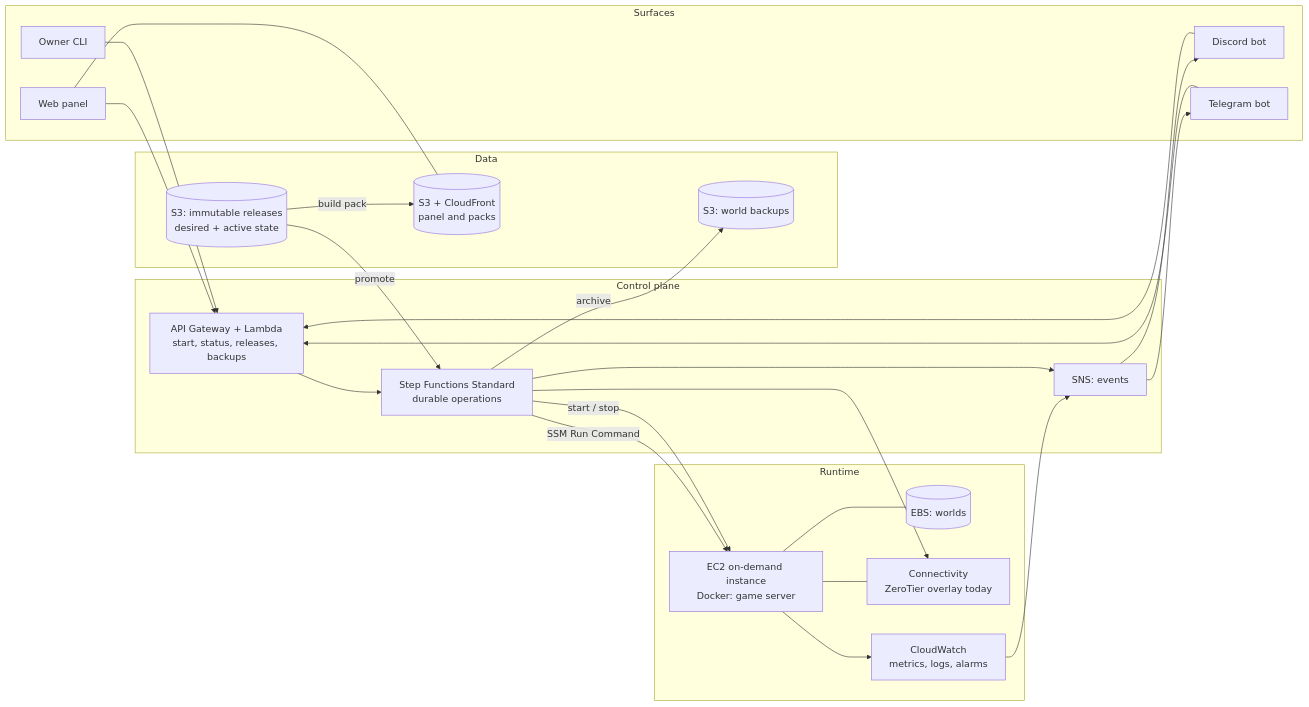
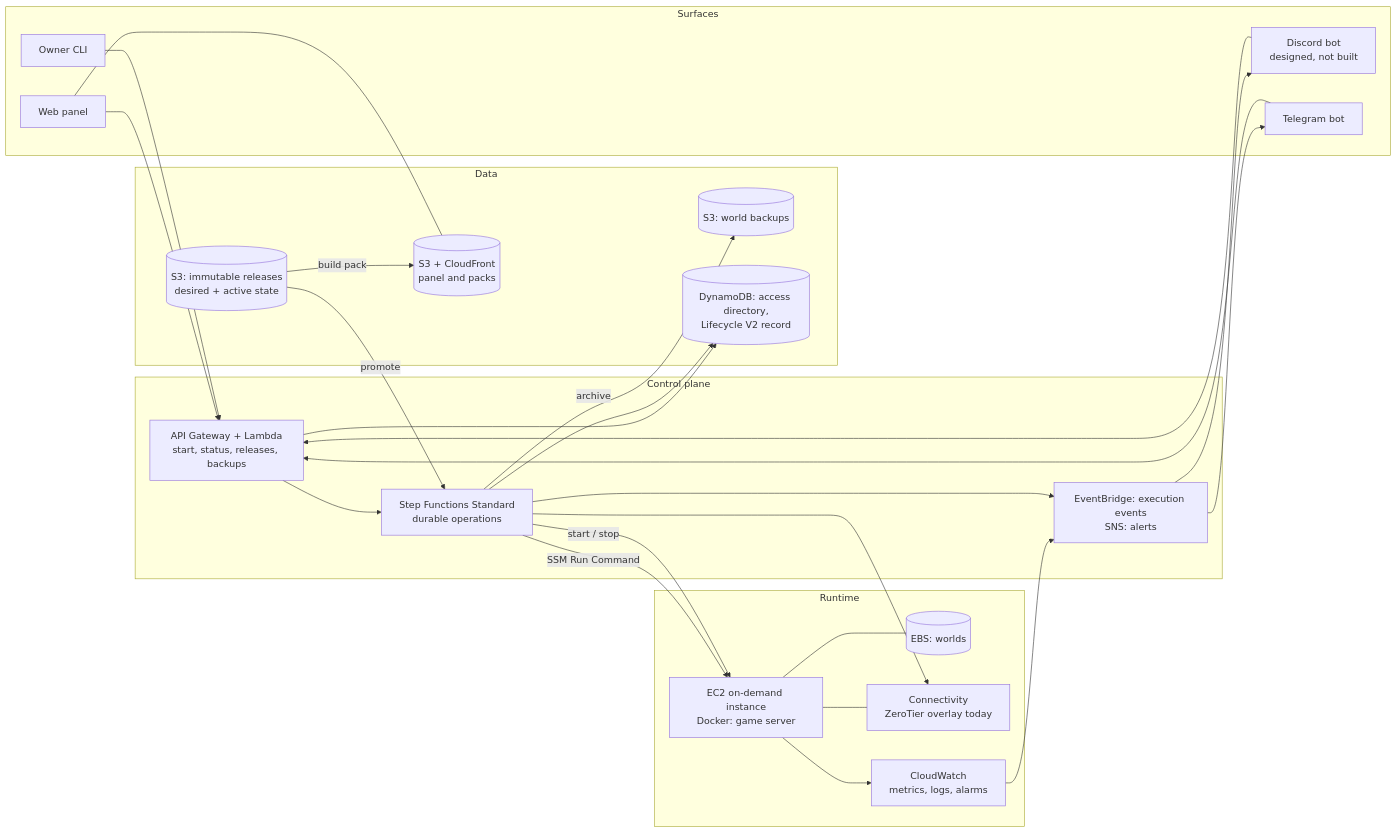
One commit to DrArzter/spawnpoint changed the diagram in README.md. Above: the diagram before and after it, drawn with Mermaid. The commit also changed other lines of this file and 14 other files, not shown here.

````diff
--- a/README.md
+++ b/README.md
@@ -84,48 +93,51 @@
 ```mermaid
 flowchart LR
     subgraph Surfaces
         WEB[Web panel]
-        DIS[Discord bot]
+        DIS[Discord bot<br/>designed, not built]
         TG[Telegram bot]
         CLI[Owner CLI]
     end
 
     subgraph ControlPlane["Control plane"]
         API[API Gateway + Lambda<br/>start, status, releases, backups]
         SFN[Step Functions Standard<br/>durable operations]
-        BUS[SNS: events]
+        BUS[EventBridge: execution events<br/>SNS: alerts]
     end
 
     subgraph Data
         REL[(S3: immutable releases<br/>desired + active state)]
         BAK[(S3: world backups)]
         SITE[(S3 + CloudFront<br/>panel and packs)]
+        DDB[(DynamoDB: access directory,<br/>Lifecycle V2 record)]
     end
 
     subgraph Runtime
         EC2[EC2 on-demand instance<br/>Docker: game server]
         EBS[(EBS: worlds)]
         NET[Connectivity<br/>ZeroTier overlay today]
         CW[CloudWatch<br/>metrics, logs, alarms]
     end
 
     WEB --> API
     DIS --> API
     TG --> API
     CLI --> API
     API --> SFN
+    API --> DDB
+    SFN --> DDB
     SFN -->|SSM Run Command| EC2
     SFN -->|start / stop| EC2
     REL -->|promote| SFN
     EC2 --- EBS
     SFN -->|archive| BAK
     SFN --> NET
     EC2 --- NET
     EC2 --> CW
     CW --> BUS
     SFN --> BUS
     BUS --> DIS
     BUS --> TG
     WEB --- SITE
     REL -->|build pack| SITE
 ```
````
